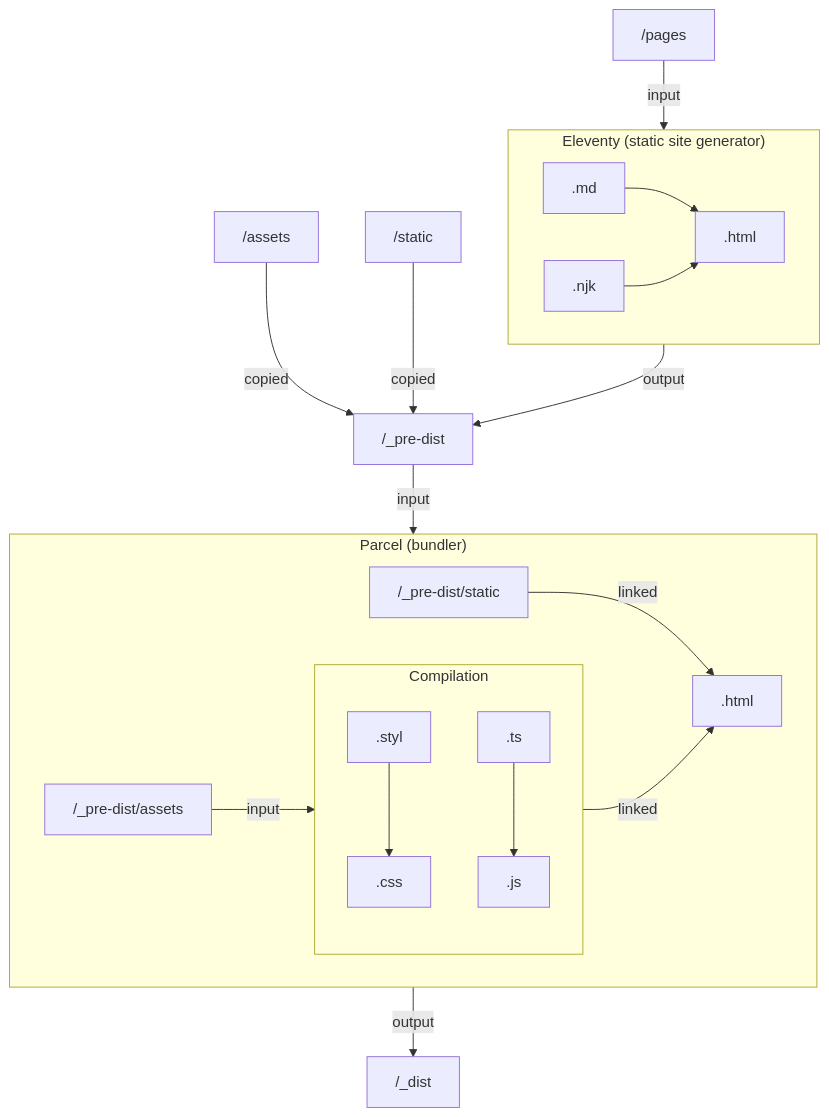
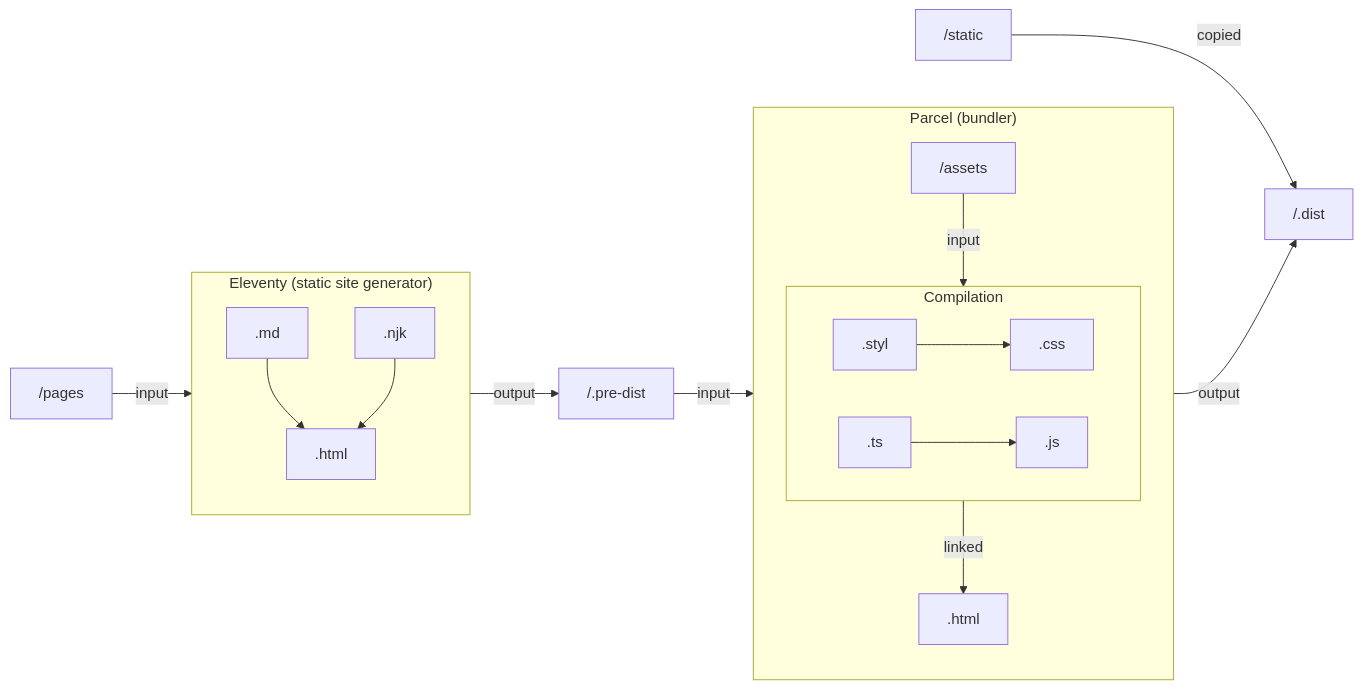
One commit to GauBen/gauben.github.io changed the diagram in pages/blog/posts/2021/bundler-war/fr.md. Above: the diagram before and after it, drawn with Mermaid. The commit also changed other lines of this file and 70 other files, not shown here.

````diff
--- a/pages/blog/posts/2021/bundler-war/fr.md
+++ b/pages/blog/posts/2021/bundler-war/fr.md
@@ -5,17 +10,16 @@
 ```mermaid
-flowchart TD
+flowchart LR
     subgraph E ["Eleventy (static site generator)"]
       .md & .njk --> A[.html]
     end
     subgraph C ["Compilation"]
         .styl --> .css
         .ts --> .js
     end
     subgraph P ["Parcel (bundler)"]
-        /_pre-dist/assets -->|input| C -->|linked| B[.html]
-        /_pre-dist/static -->|linked| B
+        /assets -->|input| C -->|linked| B[.html]
     end
-    /pages -->|input| E -->|output| /_pre-dist
-    /assets & /static -->|copied| /_pre-dist
-    /_pre-dist -->|input| P -->|output| /_dist
+    /pages -->|input| E -->|output| /.pre-dist
+    /static -->|copied| /.dist
+    /.pre-dist -->|input| P -->|output| /.dist
 ```
````
